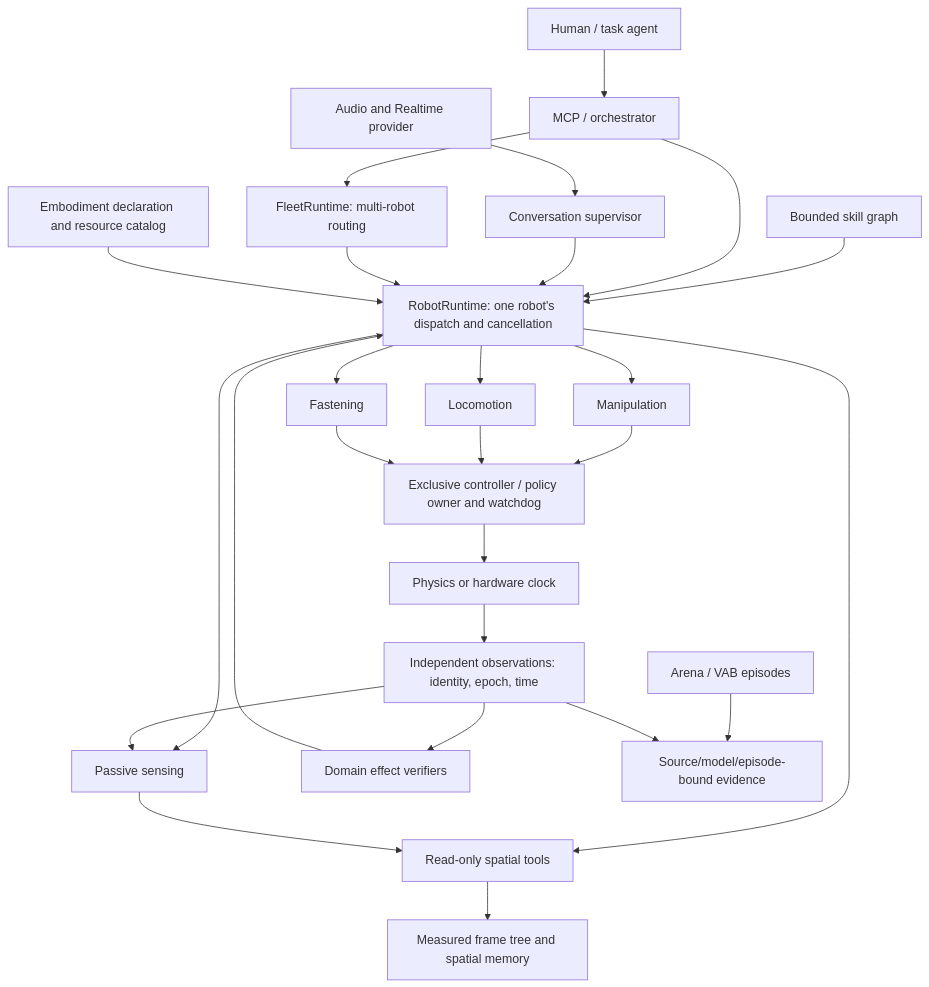
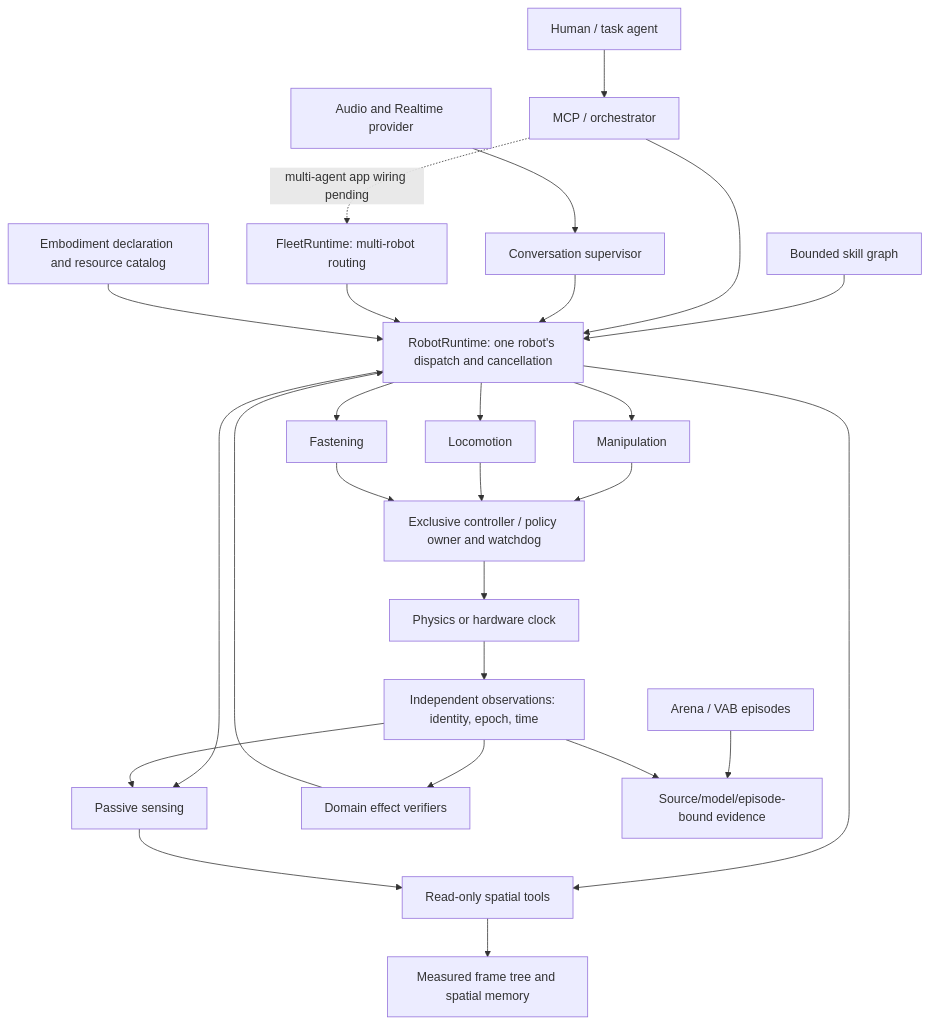
One commit to johnnynunez/cascade changed the diagram in docs/ROBOT_MODULARITY.md. Above: the diagram before and after it, drawn with Mermaid. The commit also changed 2 other files, not shown here.

Commit message:
docs: distinguish fleet runtime from pending agent app wiring

````diff
--- a/docs/ROBOT_MODULARITY.md
+++ b/docs/ROBOT_MODULARITY.md
@@ -29,28 +29,28 @@
 ```mermaid
 flowchart TD
   Intent[Human / task agent] --> MCP[MCP / orchestrator]
   Voice[Audio and Realtime provider] --> Conversation[Conversation supervisor]
   Graph[Bounded skill graph] --> Runtime
   MCP --> Runtime[RobotRuntime: one robot's dispatch and cancellation]
   Conversation --> Runtime
-  MCP --> Fleet[FleetRuntime: multi-robot routing]
+  MCP -. multi-agent app wiring pending .-> Fleet[FleetRuntime: multi-robot routing]
   Fleet --> Runtime
   Structure[Embodiment declaration and resource catalog] --> Runtime
   Runtime --> Arm[Manipulation]
   Runtime --> Base[Locomotion]
   Runtime --> Fastening[Fastening]
   Runtime --> Sensors[Passive sensing]
   Runtime --> Spatial[Read-only spatial tools]
   Arm --> Control[Exclusive controller / policy owner and watchdog]
   Base --> Control
   Fastening --> Control
   Control --> Physics[Physics or hardware clock]
   Physics --> Evidence[Independent observations: identity, epoch, time]
   Evidence --> Sensors
   Sensors --> Spatial
   Spatial --> Frames[Measured frame tree and spatial memory]
   Evidence --> Verify[Domain effect verifiers]
   Verify --> Runtime
   Arena[Arena / VAB episodes] --> Gate[Source/model/episode-bound evidence]
   Evidence --> Gate
 ```
````
